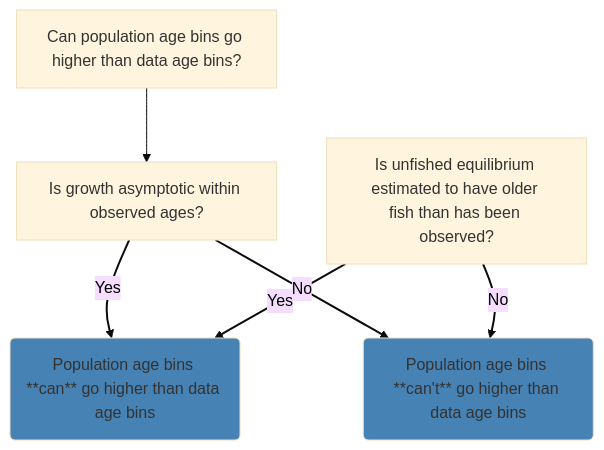
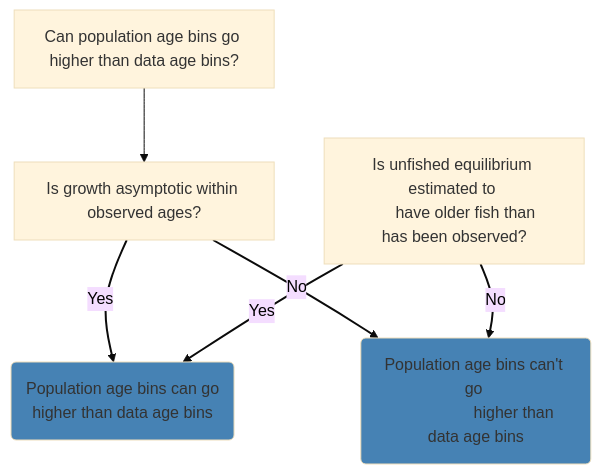
The sixth of 6 diagrams in website/qmds/ss3_setup_decisions.qmd (nmfs-ost/ss3-website), drawn with Mermaid (base theme) before and after one commit. The commit also changed other lines of this file and 1 other file, not shown here.

````diff
--- a/website/qmds/ss3_setup_decisions.qmd
+++ b/website/qmds/ss3_setup_decisions.qmd
@@ -89,11 +96,14 @@
 ```{mermaid}
 flowchart TB
     A["Can population age bins go higher than data age bins?"] --> B["Is growth asymptotic within observed ages?"]
-    B -- Yes --> C("Population age bins **can** go higher than data age bins")
-    D["Is unfished equilibrium estimated to have older fish than has been observed?"] -- Yes --> C
-    B -- No --> E("Population age bins **can't** go higher than data age bins")
+    B -- Yes --> C("Population age bins can go 
+                  higher than data age bins")
+    D["Is unfished equilibrium estimated to 
+      have older fish than has been observed?"] -- Yes --> C
+    B -- No --> E("Population age bins can't go 
+                  higher than data age bins")
     D -- No --> E
     linkStyle 1,2,3,4 stroke-width:2px,color:black
     style C fill:steelblue
     style E fill:steelblue
 ```
````
